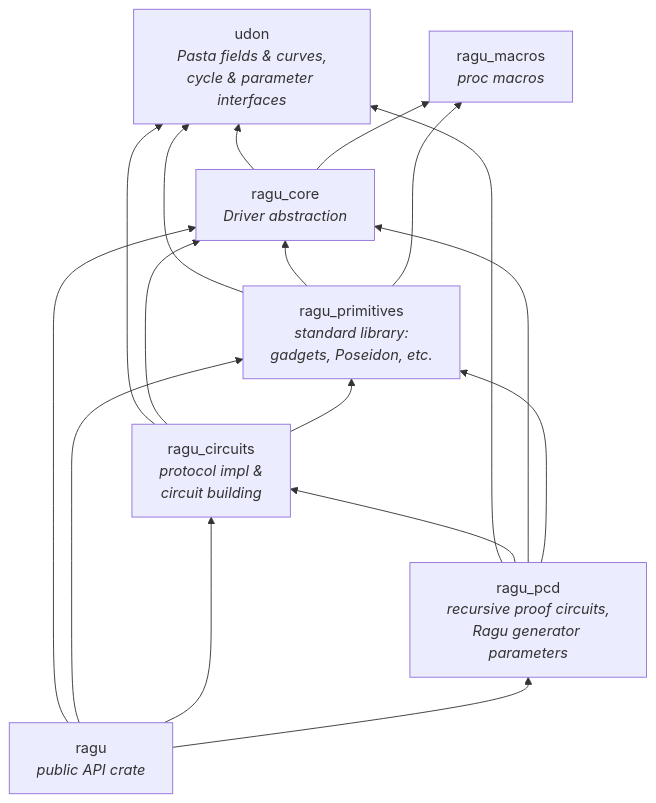
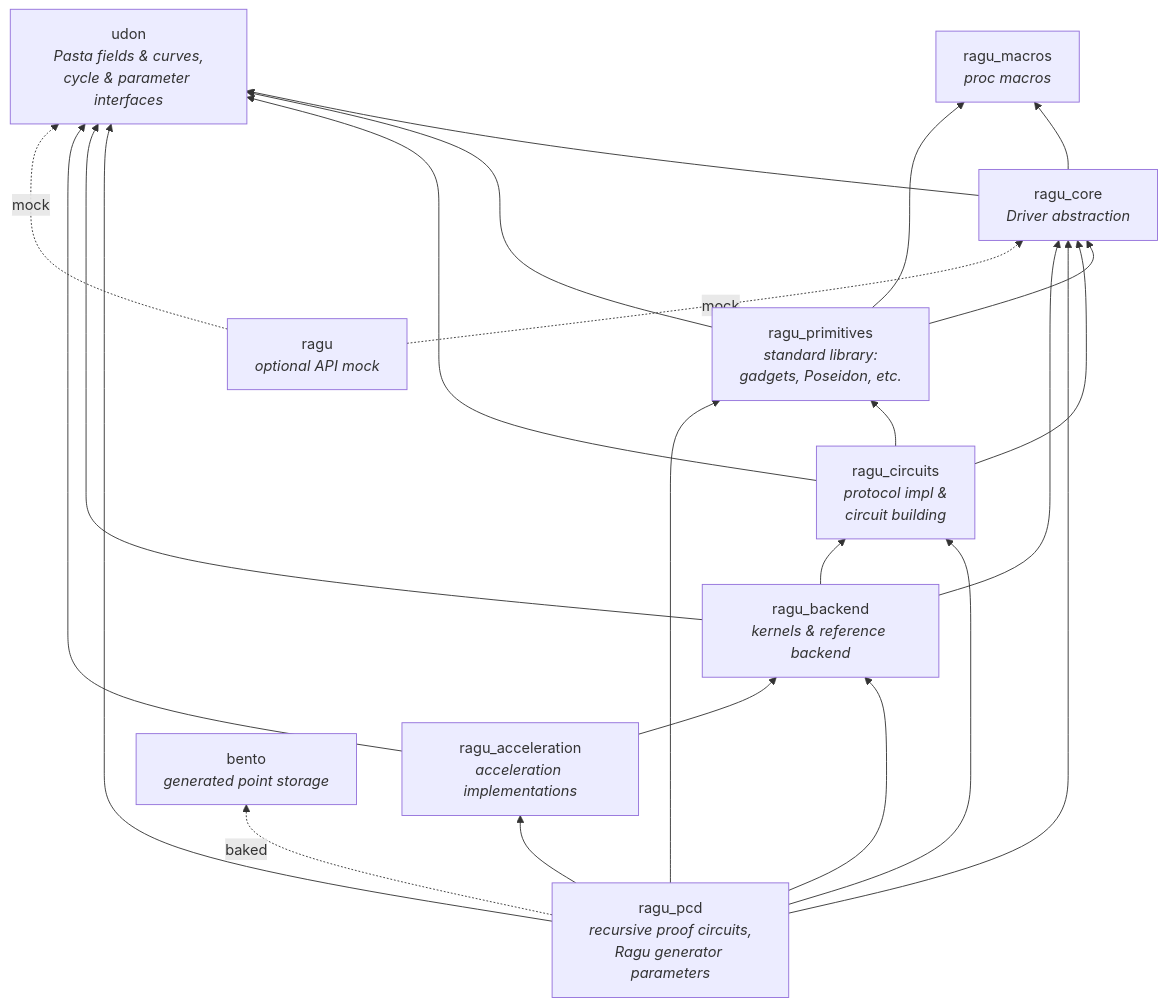
Before and after one commit to LucidSamuel/ragu: the second of 2 diagrams in book/src/implementation/arch.md, drawn with Mermaid. The commit also changed other lines of this file and 7 other files, not shown here.

````diff
--- a/book/src/implementation/arch.md
+++ b/book/src/implementation/arch.md
@@ -48,27 +52,36 @@
 ```mermaid
 flowchart BT
     macros["ragu_macros<br/><i>proc macros</i>"]
     udon["udon<br/><i>Pasta fields & curves,<br/>cycle & parameter interfaces</i>"]
     core["ragu_core<br/><i>Driver abstraction</i>"]
     prims["ragu_primitives<br/><i>standard library:<br/>gadgets, Poseidon, etc.</i>"]
     circuits["ragu_circuits<br/><i>protocol impl &<br/>circuit building</i>"]
     pcd["ragu_pcd<br/><i>recursive proof circuits,<br/>Ragu generator parameters</i>"]
-    ragu["ragu<br/><i>public API crate</i>"]
+    backend["ragu_backend<br/><i>kernels & reference backend</i>"]
+    acceleration["ragu_acceleration<br/><i>acceleration implementations</i>"]
+    bento["bento<br/><i>generated point storage</i>"]
+    ragu["ragu<br/><i>optional API mock</i>"]
 
     core --> udon
     core --> macros
     prims --> udon
     prims --> core
     prims --> macros
     circuits --> udon
     circuits --> core
     circuits --> prims
     pcd --> udon
     pcd --> circuits
     pcd --> core
     pcd --> prims
-    ragu --> core
-    ragu --> prims
-    ragu --> circuits
-    ragu --> pcd
+    pcd --> backend
+    pcd --> acceleration
+    pcd -.->|baked| bento
+    backend --> udon
+    backend --> core
+    backend --> circuits
+    acceleration --> udon
+    acceleration --> backend
+    ragu -.->|mock| core
+    ragu -.->|mock| udon
 ```
````
